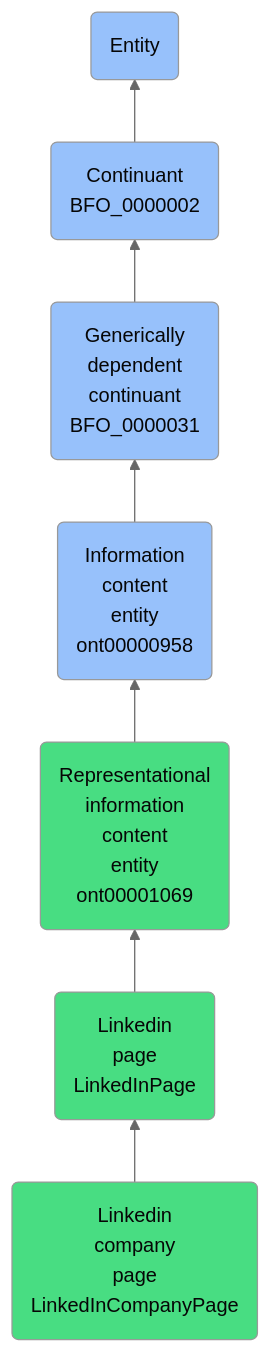
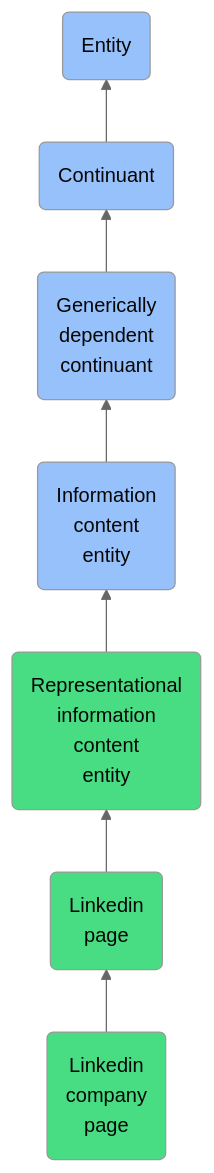
Before and after one commit to jupyter-naas/abi: the diagram in docs/ontology/reference/model/Entity/Continuant/Generically dependent continuant/Information content entity/Representational information content entity/Linkedin page/Linkedin company page/Linkedin company page.md, drawn with Mermaid (neutral theme). The commit also changed other lines of this file and 1430 other files, not shown here.

````diff
--- a/docs/ontology/reference/model/Entity/Continuant/Generically dependent continuant/Information content entity/Representational information content entity/Linkedin page/Linkedin company page/Linkedin company page.md
+++ b/docs/ontology/reference/model/Entity/Continuant/Generically dependent continuant/Information content entity/Representational information content entity/Linkedin page/Linkedin company page/Linkedin company page.md
@@ -24,14 +24,14 @@
 ```mermaid
 graph BT
-    LinkedInCompanyPage(Linkedin<br>company<br>page<br>LinkedInCompanyPage):::ABI-->LinkedInPage
-    LinkedInPage(Linkedin<br>page<br>LinkedInPage):::ABI-->ont00001069
-    ont00001069(Representational<br>information<br>content<br>entity<br>ont00001069):::ABI-->ont00000958
-    ont00000958(Information<br>content<br>entity<br>ont00000958):::BFO-->BFO_0000031
-    BFO_0000031(Generically<br>dependent<br>continuant<br>BFO_0000031):::BFO-->BFO_0000002
-    BFO_0000002(Continuant<br>BFO_0000002):::BFO-->BFO_0000001
+    LinkedInCompanyPage(Linkedin<br>company<br>page):::ABI-->LinkedInPage
+    LinkedInPage(Linkedin<br>page):::ABI-->ont00001069
+    ont00001069(Representational<br>information<br>content<br>entity):::ABI-->ont00000958
+    ont00000958(Information<br>content<br>entity):::BFO-->BFO_0000031
+    BFO_0000031(Generically<br>dependent<br>continuant):::BFO-->BFO_0000002
+    BFO_0000002(Continuant):::BFO-->BFO_0000001
     BFO_0000001(Entity):::BFO
     
     classDef BFO fill:#97c1fb,color:#060606
     classDef CCO fill:#e4c51e,color:#060606
     classDef ABI fill:#48DD82,color:#060606
 ```
````
